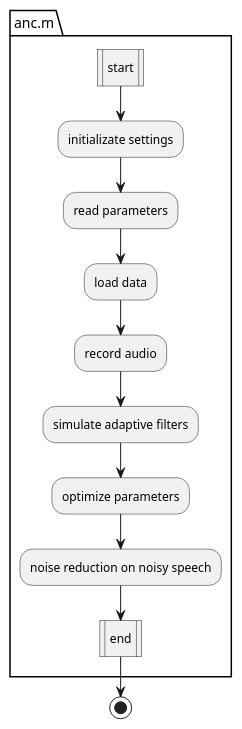
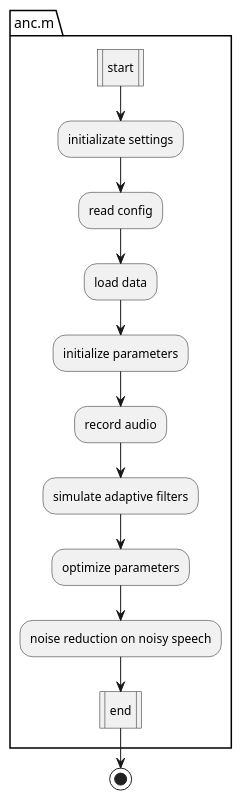
One commit to Aketirani/active-noise-cancellation changed the diagram in flowchart.wsd. Above: the diagram before and after it, drawn with PlantUML. The commit also changed 1 other file, not shown here.

Commit message:
flow updated

```diff
--- a/flowchart.wsd
+++ b/flowchart.wsd
@@ -1,15 +1,16 @@
 @startuml Pipeline Flowchart
 |ANC|
 package "anc.m" {
     :start|
     :initializate settings;
-    :read parameters;
+    :read config;
     :load data;
+    :initialize parameters;
     :record audio;
     :simulate adaptive filters;
     :optimize parameters;
     :noise reduction on noisy speech;
     :end|
 }
 stop
 @enduml
```
